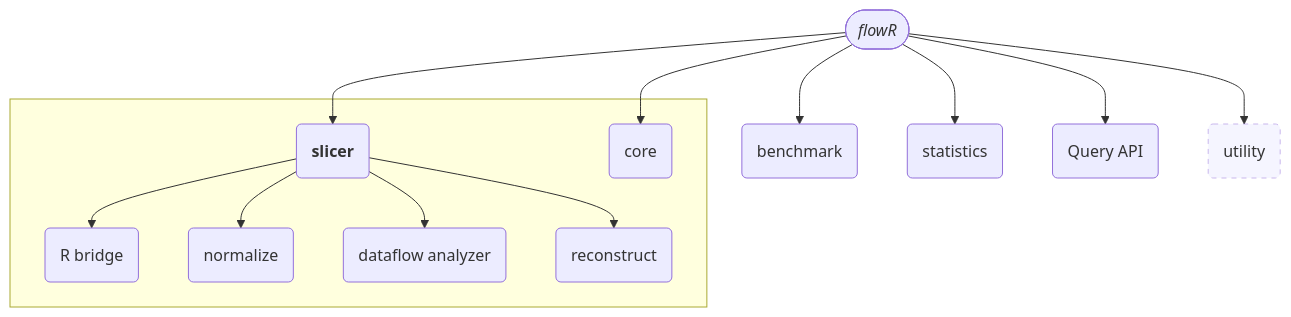
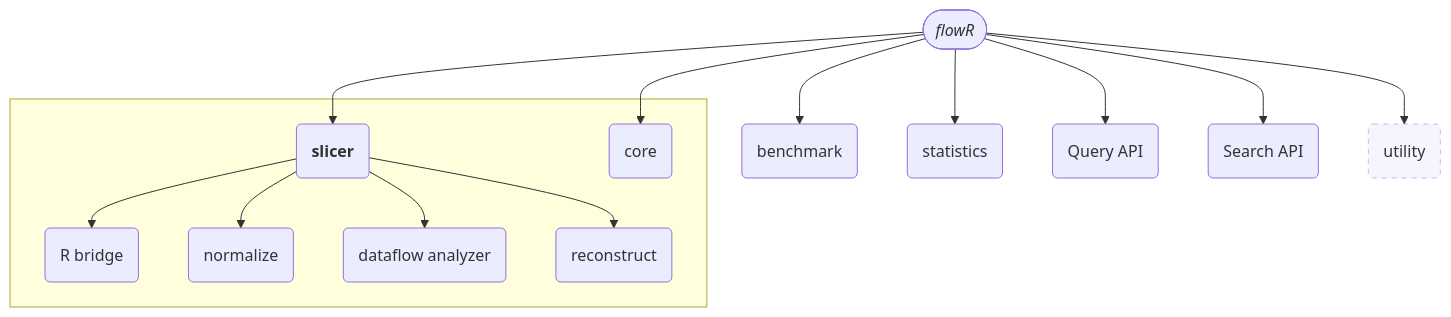
One commit to flowr-analysis/flowr changed the diagram in wiki/Overview.md. Above: the diagram before and after it, drawn with Mermaid. The commit also changed 21 other files, not shown here.

Commit message:
doc(tree-sitter): document implications for flowr

````diff
--- a/wiki/Overview.md
+++ b/wiki/Overview.md
@@ -19,20 +19,21 @@
 ```mermaid
 flowchart TD
    root([<i>flowR</i>])
 
    root --> slice(<b>slicer</b>)
    subgraph " "
    slice --> rb(R bridge)
    slice --> norm(normalize)
    slice --> da(dataflow analyzer)
    slice --> rc(reconstruct)
    core(core)
    end
    root --> core(core)
    root --> benchmark(benchmark)
    root --> stat(statistics)
    root --> queryapi(Query API)
+   root --> searchapi(Search API)
    root --> utility(utility)
 
    style utility stroke-dasharray: 5 5,opacity:0.5;
 ```
````
